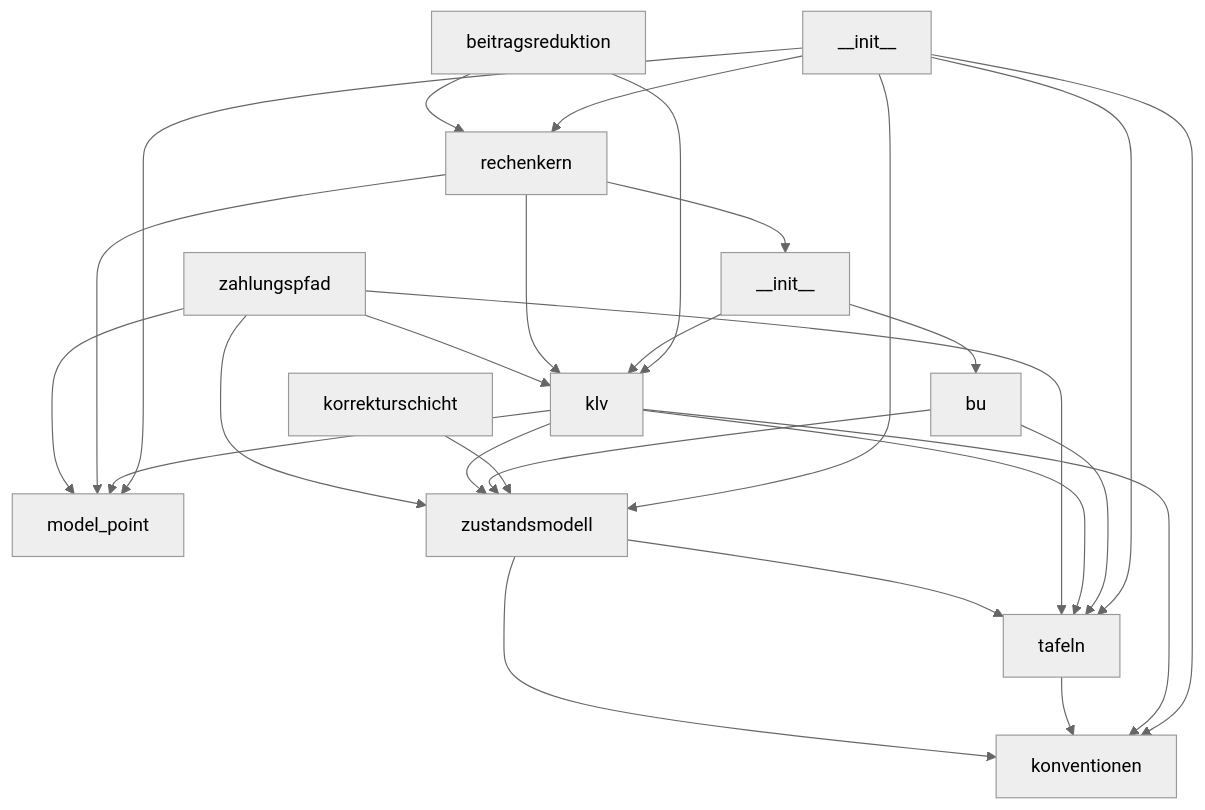
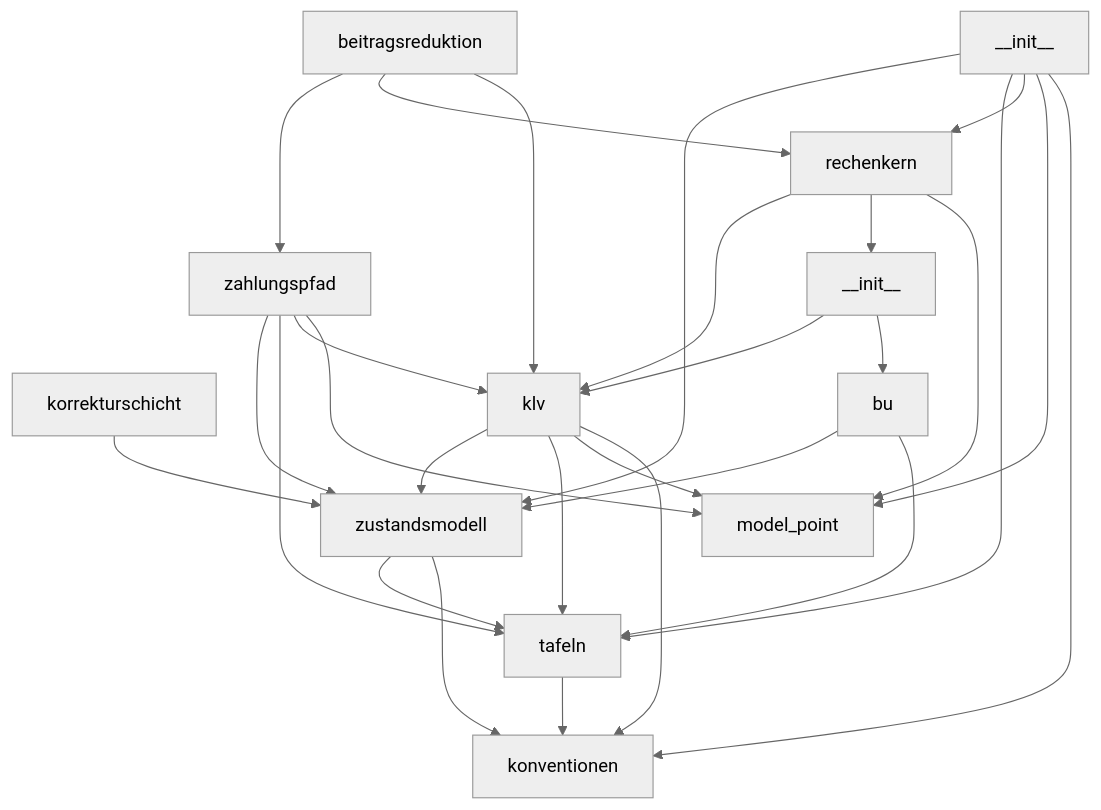
The third of 3 diagrams in docs/architektur/landkarte.md (bartlmac/rechner-pipeline), drawn with Mermaid (neutral theme) before and after one commit. The commit also changed 3 other files, not shown here.

````diff
--- a/docs/architektur/landkarte.md
+++ b/docs/architektur/landkarte.md
@@ -95,42 +95,43 @@
 ```mermaid
 %% kern — erzeugt von ontologie.landkarte
 flowchart TD
     rechner_pipeline_kern___init___py["__init__"]
     rechner_pipeline_kern_beitragsreduktion_py["beitragsreduktion"]
     rechner_pipeline_kern_konventionen_py["konventionen"]
     rechner_pipeline_kern_korrekturschicht_py["korrekturschicht"]
     rechner_pipeline_kern_model_point_py["model_point"]
     rechner_pipeline_kern_produkte___init___py["__init__"]
     rechner_pipeline_kern_produkte_bu_py["bu"]
     rechner_pipeline_kern_produkte_klv_py["klv"]
     rechner_pipeline_kern_rechenkern_py["rechenkern"]
     rechner_pipeline_kern_tafeln_py["tafeln"]
     rechner_pipeline_kern_zahlungspfad_py["zahlungspfad"]
     rechner_pipeline_kern_zustandsmodell_py["zustandsmodell"]
     rechner_pipeline_kern___init___py --> rechner_pipeline_kern_konventionen_py
     rechner_pipeline_kern___init___py --> rechner_pipeline_kern_model_point_py
     rechner_pipeline_kern___init___py --> rechner_pipeline_kern_rechenkern_py
     rechner_pipeline_kern___init___py --> rechner_pipeline_kern_tafeln_py
     rechner_pipeline_kern___init___py --> rechner_pipeline_kern_zustandsmodell_py
     rechner_pipeline_kern_beitragsreduktion_py --> rechner_pipeline_kern_produkte_klv_py
     rechner_pipeline_kern_beitragsreduktion_py --> rechner_pipeline_kern_rechenkern_py
+    rechner_pipeline_kern_beitragsreduktion_py --> rechner_pipeline_kern_zahlungspfad_py
     rechner_pipeline_kern_korrekturschicht_py --> rechner_pipeline_kern_zustandsmodell_py
     rechner_pipeline_kern_produkte___init___py --> rechner_pipeline_kern_produkte_bu_py
     rechner_pipeline_kern_produkte___init___py --> rechner_pipeline_kern_produkte_klv_py
     rechner_pipeline_kern_produkte_bu_py --> rechner_pipeline_kern_tafeln_py
     rechner_pipeline_kern_produkte_bu_py --> rechner_pipeline_kern_zustandsmodell_py
     rechner_pipeline_kern_produkte_klv_py --> rechner_pipeline_kern_konventionen_py
     rechner_pipeline_kern_produkte_klv_py --> rechner_pipeline_kern_model_point_py
     rechner_pipeline_kern_produkte_klv_py --> rechner_pipeline_kern_tafeln_py
     rechner_pipeline_kern_produkte_klv_py --> rechner_pipeline_kern_zustandsmodell_py
     rechner_pipeline_kern_rechenkern_py --> rechner_pipeline_kern_model_point_py
     rechner_pipeline_kern_rechenkern_py --> rechner_pipeline_kern_produkte___init___py
     rechner_pipeline_kern_rechenkern_py --> rechner_pipeline_kern_produkte_klv_py
     rechner_pipeline_kern_tafeln_py --> rechner_pipeline_kern_konventionen_py
     rechner_pipeline_kern_zahlungspfad_py --> rechner_pipeline_kern_model_point_py
     rechner_pipeline_kern_zahlungspfad_py --> rechner_pipeline_kern_produkte_klv_py
     rechner_pipeline_kern_zahlungspfad_py --> rechner_pipeline_kern_tafeln_py
     rechner_pipeline_kern_zahlungspfad_py --> rechner_pipeline_kern_zustandsmodell_py
     rechner_pipeline_kern_zustandsmodell_py --> rechner_pipeline_kern_konventionen_py
     rechner_pipeline_kern_zustandsmodell_py --> rechner_pipeline_kern_tafeln_py
 ```
````
